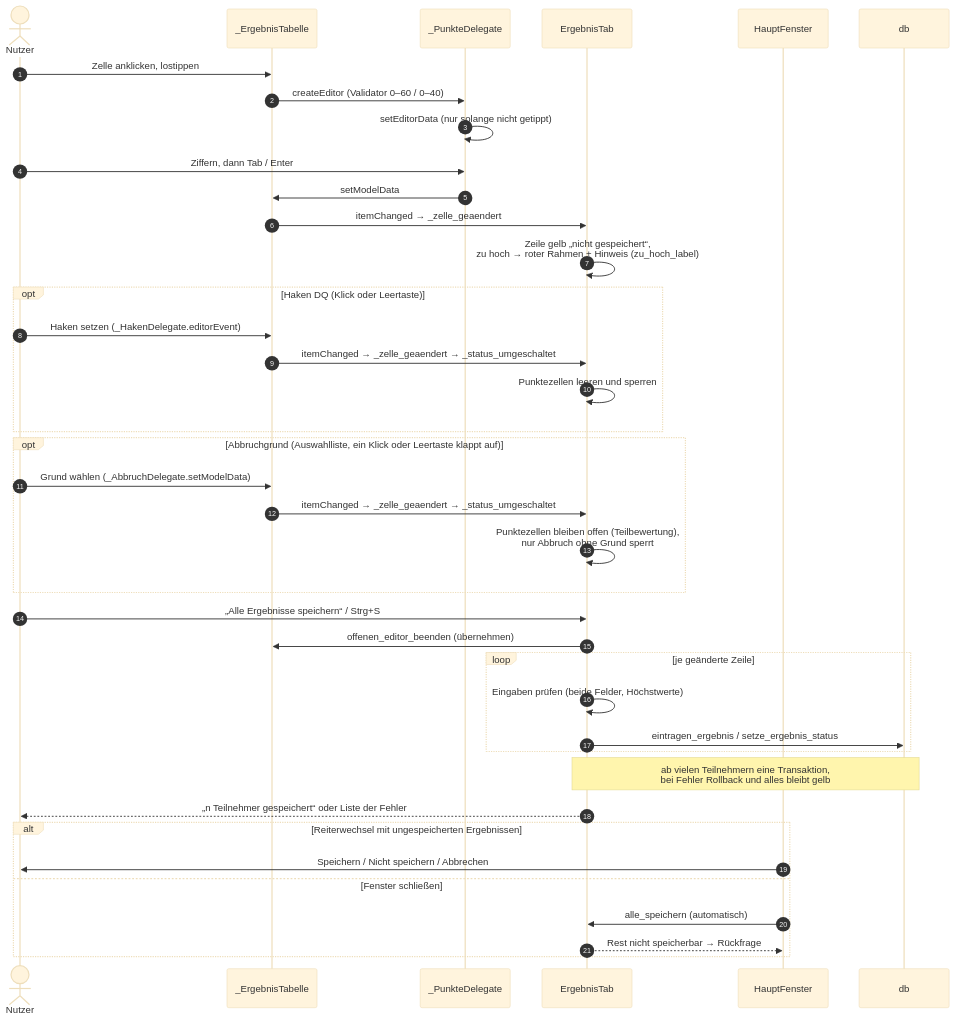
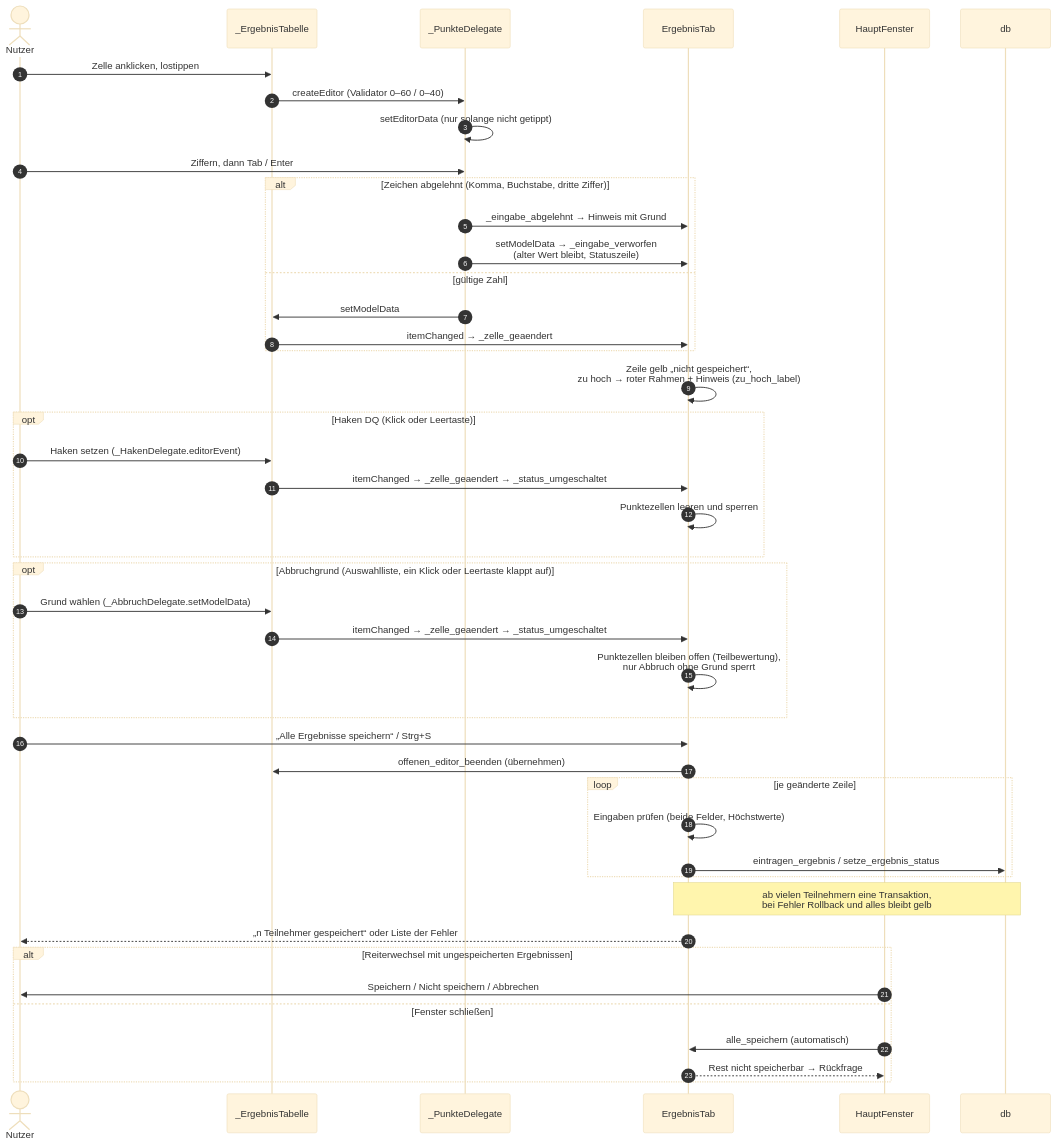
Before and after one commit to mbruver-source/SHS: the eighth of 13 diagrams in UML.md, drawn with Mermaid (base theme). The commit also changed 6 other files, not shown here.

````diff
--- a/UML.md
+++ b/UML.md
@@ -432,43 +432,48 @@
 ```mermaid
 sequenceDiagram
     autonumber
     actor N as Nutzer
     participant TB as _ErgebnisTabelle
     participant DG as _PunkteDelegate
     participant E as ErgebnisTab
     participant H as HauptFenster
     participant D as db
 
     N->>TB: Zelle anklicken, lostippen
     TB->>DG: createEditor (Validator 0–60 / 0–40)
     DG->>DG: setEditorData (nur solange nicht getippt)
     N->>DG: Ziffern, dann Tab / Enter
-    DG->>TB: setModelData
-    TB->>E: itemChanged → _zelle_geaendert
+    alt Zeichen abgelehnt (Komma, Buchstabe, dritte Ziffer)
+        DG->>E: _eingabe_abgelehnt → Hinweis mit Grund
+        DG->>E: setModelData → _eingabe_verworfen<br/>(alter Wert bleibt, Statuszeile)
+    else gültige Zahl
+        DG->>TB: setModelData
+        TB->>E: itemChanged → _zelle_geaendert
+    end
     E->>E: Zeile gelb „nicht gespeichert“,<br/>zu hoch → roter Rahmen + Hinweis (zu_hoch_label)
     opt Haken DQ (Klick oder Leertaste)
         N->>TB: Haken setzen (_HakenDelegate.editorEvent)
         TB->>E: itemChanged → _zelle_geaendert → _status_umgeschaltet
         E->>E: Punktezellen leeren und sperren
     end
     opt Abbruchgrund (Auswahlliste, ein Klick oder Leertaste klappt auf)
         N->>TB: Grund wählen (_AbbruchDelegate.setModelData)
         TB->>E: itemChanged → _zelle_geaendert → _status_umgeschaltet
         E->>E: Punktezellen bleiben offen (Teilbewertung),<br/>nur Abbruch ohne Grund sperrt
     end
     N->>E: „Alle Ergebnisse speichern“ / Strg+S
     E->>TB: offenen_editor_beenden (übernehmen)
     loop je geänderte Zeile
         E->>E: Eingaben prüfen (beide Felder, Höchstwerte)
         E->>D: eintragen_ergebnis / setze_ergebnis_status
     end
     Note over E,D: ab vielen Teilnehmern eine Transaktion,<br/>bei Fehler Rollback und alles bleibt gelb
     E-->>N: „n Teilnehmer gespeichert“ oder Liste der Fehler
 
     alt Reiterwechsel mit ungespeicherten Ergebnissen
         H->>N: Speichern / Nicht speichern / Abbrechen
     else Fenster schließen
         H->>E: alle_speichern (automatisch)
         E-->>H: Rest nicht speicherbar → Rückfrage
     end
 ```
````
